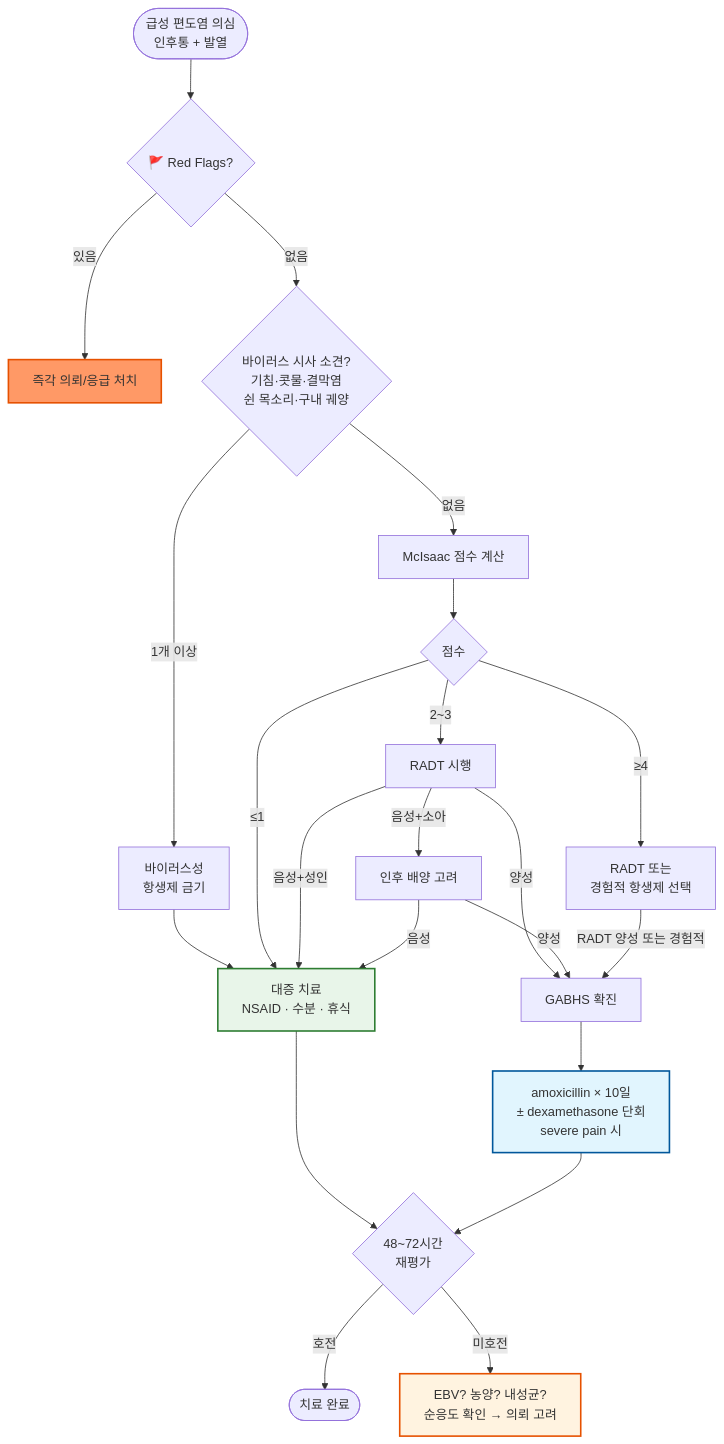
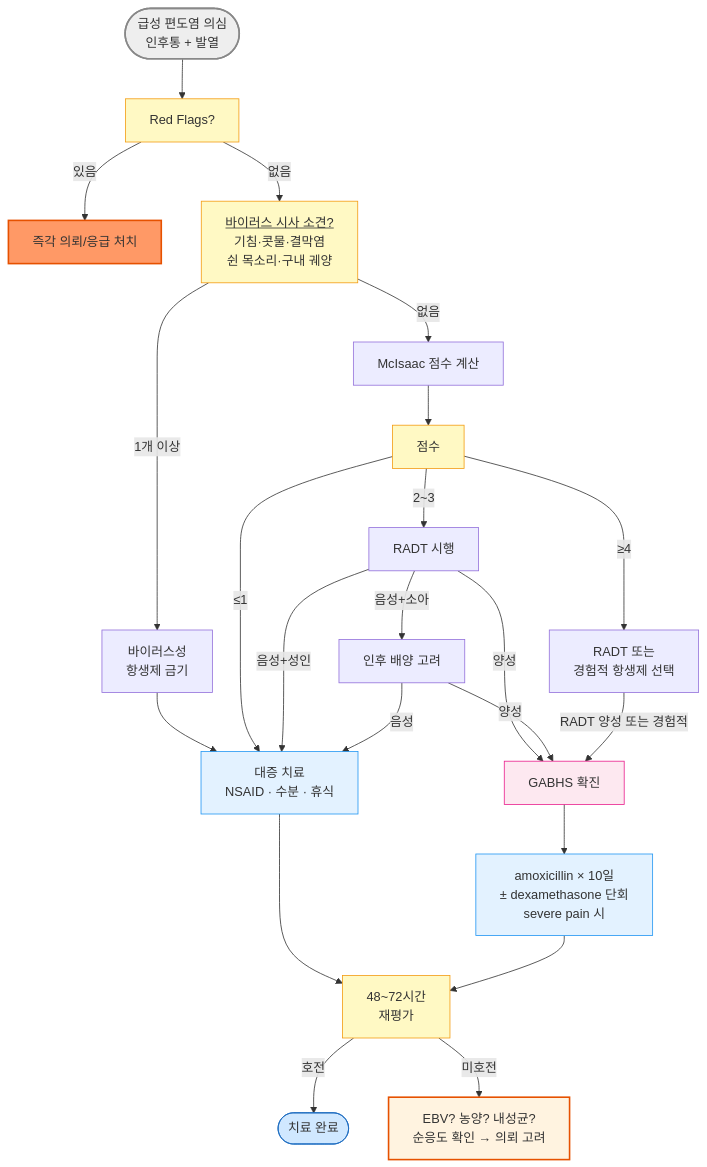
The diagram in 223_/064_-tonsillitis.md (familyoh77/familyoh77), drawn with Mermaid before and after one commit. The commit also changed other lines of this file, not shown here.

Commit message:
GITBOOK-841: No subject

````diff
--- a/223_/064_-tonsillitis.md
+++ b/223_/064_-tonsillitis.md
@@ -117,29 +119,34 @@
 ```mermaid
 graph TD
-    A([급성 편도염 의심<br/>인후통 + 발열]) --> B{🚩 Red Flags?}
+    A([급성 편도염 의심<br/>인후통 + 발열]) --> B[Red Flags?]
     B -- 있음 --> C[즉각 의뢰/응급 처치]
-    B -- 없음 --> D{바이러스 시사 소견?<br/>기침·콧물·결막염<br/>쉰 목소리·구내 궤양}
+    B -- 없음 --> D[<u>바이러스 시사 소견?</u><br/>기침·콧물·결막염<br/>쉰 목소리·구내 궤양]
     D -- 1개 이상 --> E[바이러스성<br/>항생제 금기]
     D -- 없음 --> F[McIsaac 점수 계산]
     E --> G[대증 치료<br/>NSAID · 수분 · 휴식]
-    F --> H{점수}
+    F --> H[점수]
     H -- ≤1 --> G
     H -- 2~3 --> I[RADT 시행]
     H -- ≥4 --> J[RADT 또는<br/>경험적 항생제 선택]
     I -- 양성 --> K[GABHS 확진]
     I -- 음성+소아 --> L[인후 배양 고려]
     I -- 음성+성인 --> G
     L -- 양성 --> K
     L -- 음성 --> G
     J -- RADT 양성 또는 경험적 --> K
     K --> M[amoxicillin × 10일<br/>± dexamethasone 단회<br/>severe pain 시]
-    G --> N{48~72시간<br/>재평가}
+    G --> N[48~72시간<br/>재평가]
     M --> N
     N -- 호전 --> O([치료 완료])
     N -- 미호전 --> P[EBV? 농양? 내성균?<br/>순응도 확인 → 의뢰 고려]
 
-    style C fill:#f96,stroke:#e65100,stroke-width:2px
-    style M fill:#e1f5fe,stroke:#01579b,stroke-width:2px
-    style G fill:#e8f5e9,stroke:#2e7d32,stroke-width:2px
+style A fill:#eeeeee,stroke:#888888,stroke-width:2px
+classDef yellow fill:#fff9c4,stroke:#f39c12
+class B,D,H,N yellow
+classDef sky fill:#e3f2ff,stroke:#2196f3
+class G,M sky
+style K fill:#fde8f0,stroke:#e91e8c
+        style C fill:#f96,stroke:#e65100,stroke-width:2px
     style P fill:#fff3e0,stroke:#e65100,stroke-width:2px
+    style O fill:#d0e8ff,stroke:#1a6abf
 ```
````
